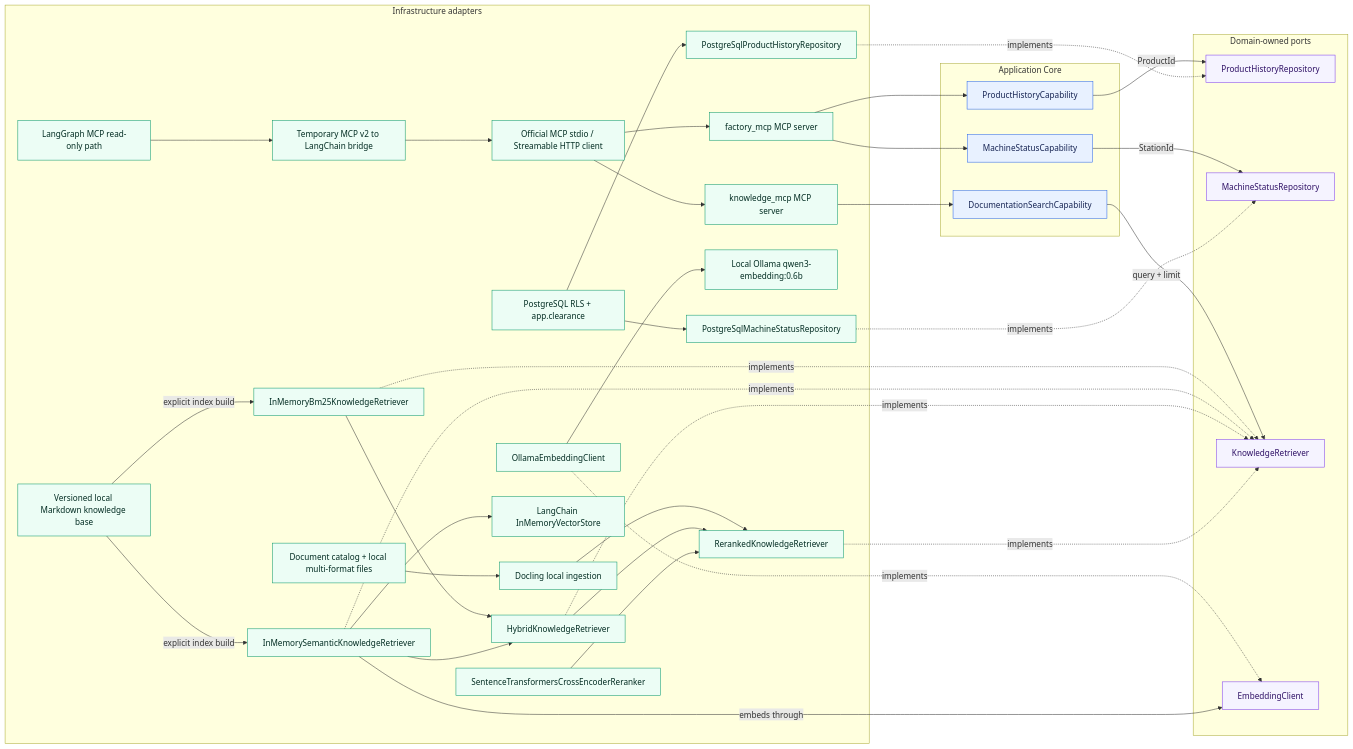
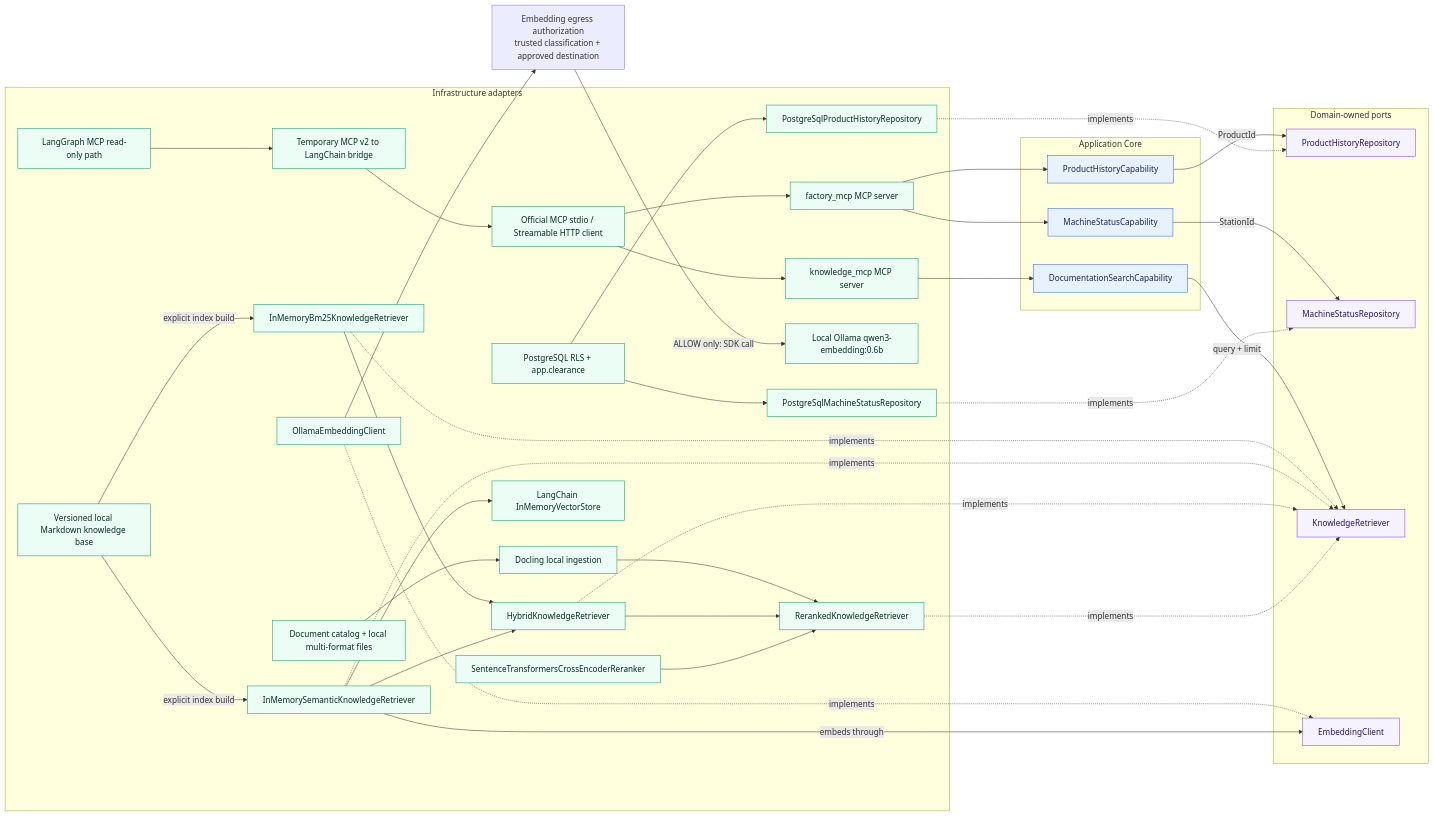
The seventh of 21 diagrams in docs/architecture/overview.md (aboerzel/industrial-ai-agent), drawn with Mermaid before and after one commit. The commit also changed other lines of this file and 16 other files, not shown here.

Commit message:
fix(security): enforce classified embedding egress boundary

````diff
--- a/docs/architecture/overview.md
+++ b/docs/architecture/overview.md
@@ -540,75 +540,76 @@
 ```mermaid
 flowchart LR
     subgraph Core["Application Core"]
         PHC["ProductHistoryCapability"]
         MSC["MachineStatusCapability"]
         DSC["DocumentationSearchCapability"]
     end
 
     subgraph Ports["Domain-owned ports"]
         PHR["ProductHistoryRepository"]
         MSR["MachineStatusRepository"]
         KR["KnowledgeRetriever"]
         EP["EmbeddingClient"]
     end
 
     subgraph Infrastructure["Infrastructure adapters"]
         PHM["PostgreSqlProductHistoryRepository"]
         MSM["PostgreSqlMachineStatusRepository"]
         RLS["PostgreSQL RLS + app.clearance"]
         DOCS["Document catalog + local multi-format files"]
         DOCLING["Docling local ingestion"]
         BM25["InMemoryBm25KnowledgeRetriever"]
         SEM["InMemorySemanticKnowledgeRetriever"]
         HYB["HybridKnowledgeRetriever"]
         RER["RerankedKnowledgeRetriever"]
         CEP["SentenceTransformersCrossEncoderReranker"]
         OEC["OllamaEmbeddingClient"]
         VEC["LangChain InMemoryVectorStore"]
         KB["Versioned local Markdown knowledge base"]
         OLLAMA["Local Ollama qwen3-embedding:0.6b"]
         FMCP["factory_mcp MCP server"]
         KMCP["knowledge_mcp MCP server"]
         MCPCLIENT["Official MCP stdio / Streamable HTTP client"]
         MCPBRIDGE["Temporary MCP v2 to LangChain bridge"]
         LG["LangGraph MCP read-only path"]
     end
 
     PHC -->|"ProductId"| PHR
     MSC -->|"StationId"| MSR
     DSC -->|"query + limit"| KR
     PHM -.->|"implements"| PHR
     MSM -.->|"implements"| MSR
     RLS --> PHM
     RLS --> MSM
     DOCS --> DOCLING
     DOCLING --> RER
     BM25 -.->|"implements"| KR
     SEM -.->|"implements"| KR
     HYB -.->|"implements"| KR
     RER -.->|"implements"| KR
     OEC -.->|"implements"| EP
     KB -->|"explicit index build"| BM25
     KB -->|"explicit index build"| SEM
     BM25 --> HYB
     SEM --> HYB
     HYB --> RER
     CEP --> RER
     SEM -->|"embeds through"| EP
     SEM --> VEC
-    OEC --> OLLAMA
+    OEC --> EG["Embedding egress authorization<br/>trusted classification + approved destination"]
+    EG -->|"ALLOW only: SDK call"| OLLAMA
     FMCP --> PHC
     FMCP --> MSC
     KMCP --> DSC
     MCPCLIENT --> FMCP
     MCPCLIENT --> KMCP
     LG --> MCPBRIDGE
     MCPBRIDGE --> MCPCLIENT
 
     classDef core fill:#e8f1ff,stroke:#2563eb,color:#172554
     classDef port fill:#f5f3ff,stroke:#7c3aed,color:#2e1065
     classDef adapter fill:#ecfdf5,stroke:#059669,color:#022c22
     class PHC,MSC,DSC core
     class PHR,MSR,KR,EP port
     class PHM,MSM,RLS,DOCS,DOCLING,BM25,SEM,HYB,RER,CEP,OEC,VEC,KB,OLLAMA,FMCP,KMCP,MCPCLIENT,MCPBRIDGE,LG adapter
 ```
````
